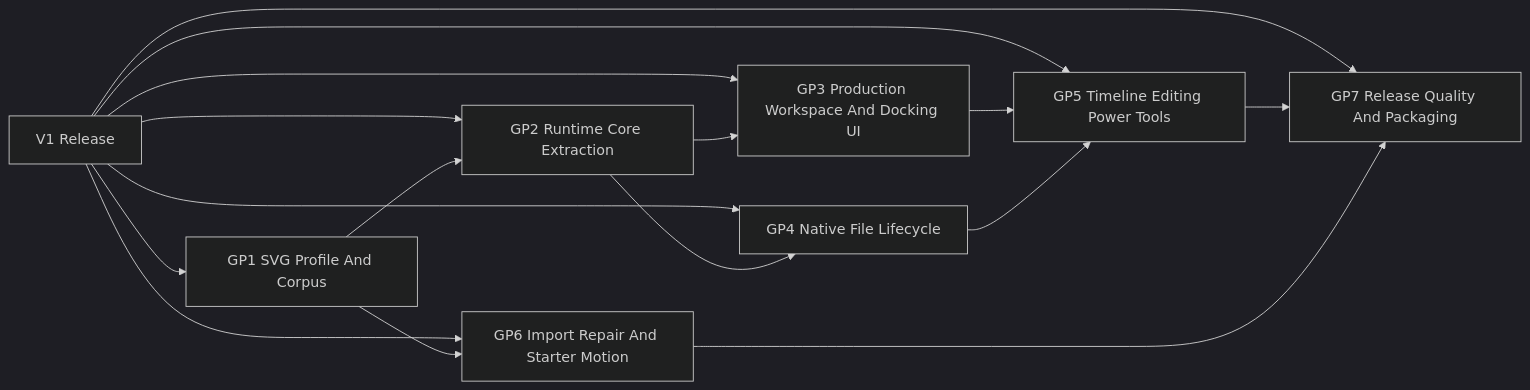
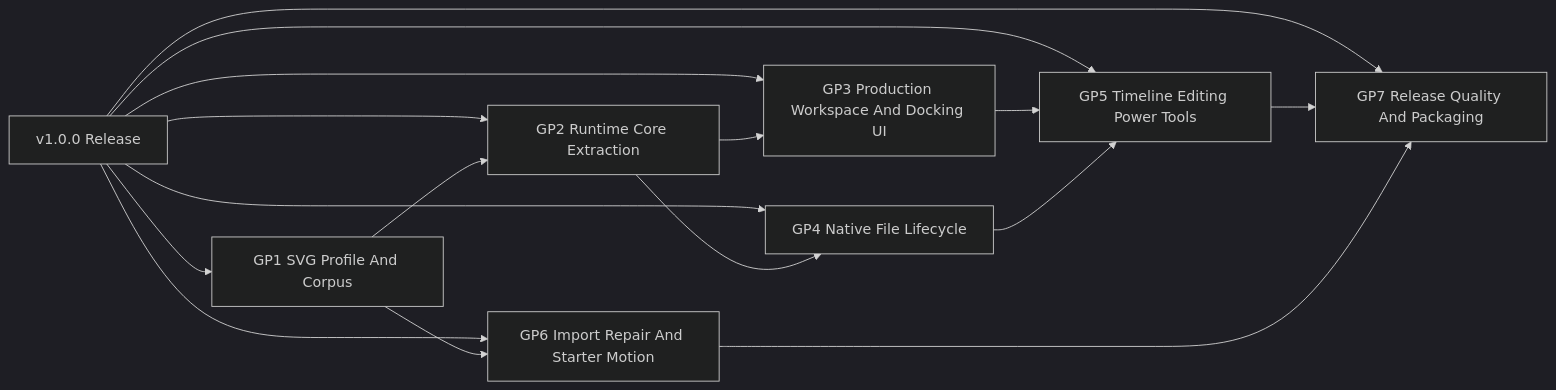
One commit to flyingrobots/tadpole changed the second of 3 diagrams in docs/method/ROADMAP_PLANNING_SYSTEM.md. Above: the diagram before and after it, drawn with Mermaid (dark theme). The commit also changed other lines of this file and 2 other files, not shown here.

Commit message:
Docs add roadmap relationship model

````diff
--- a/docs/method/ROADMAP_PLANNING_SYSTEM.md
+++ b/docs/method/ROADMAP_PLANNING_SYSTEM.md
@@ -142,20 +242,20 @@
 ```mermaid
 flowchart LR
-  V1[V1 Release]
-  V1 --> GP1[GP1 SVG Profile And Corpus]
-  V1 --> GP2[GP2 Runtime Core Extraction]
-  V1 --> GP3[GP3 Production Workspace And Docking UI]
-  V1 --> GP4[GP4 Native File Lifecycle]
-  V1 --> GP5[GP5 Timeline Editing Power Tools]
-  V1 --> GP6[GP6 Import Repair And Starter Motion]
-  V1 --> GP7[GP7 Release Quality And Packaging]
+  V100[v1.0.0 Release]
+  V100 --> GP1[GP1 SVG Profile And Corpus]
+  V100 --> GP2[GP2 Runtime Core Extraction]
+  V100 --> GP3[GP3 Production Workspace And Docking UI]
+  V100 --> GP4[GP4 Native File Lifecycle]
+  V100 --> GP5[GP5 Timeline Editing Power Tools]
+  V100 --> GP6[GP6 Import Repair And Starter Motion]
+  V100 --> GP7[GP7 Release Quality And Packaging]
 
   GP1 --> GP2
   GP2 --> GP3
   GP2 --> GP4
   GP3 --> GP5
   GP4 --> GP5
   GP1 --> GP6
   GP5 --> GP7
   GP6 --> GP7
 ```
````
